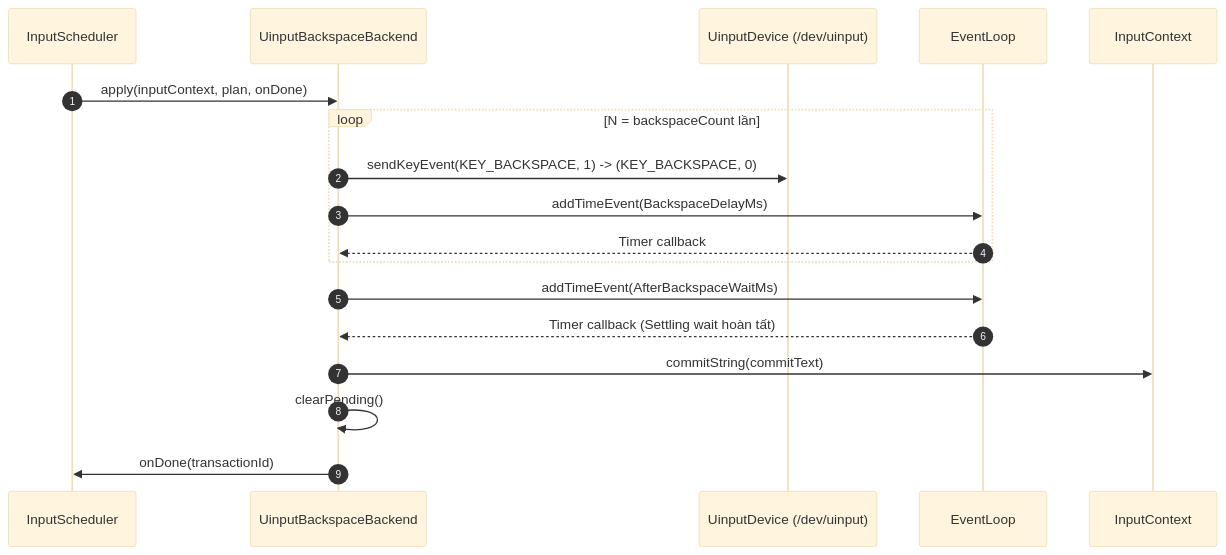
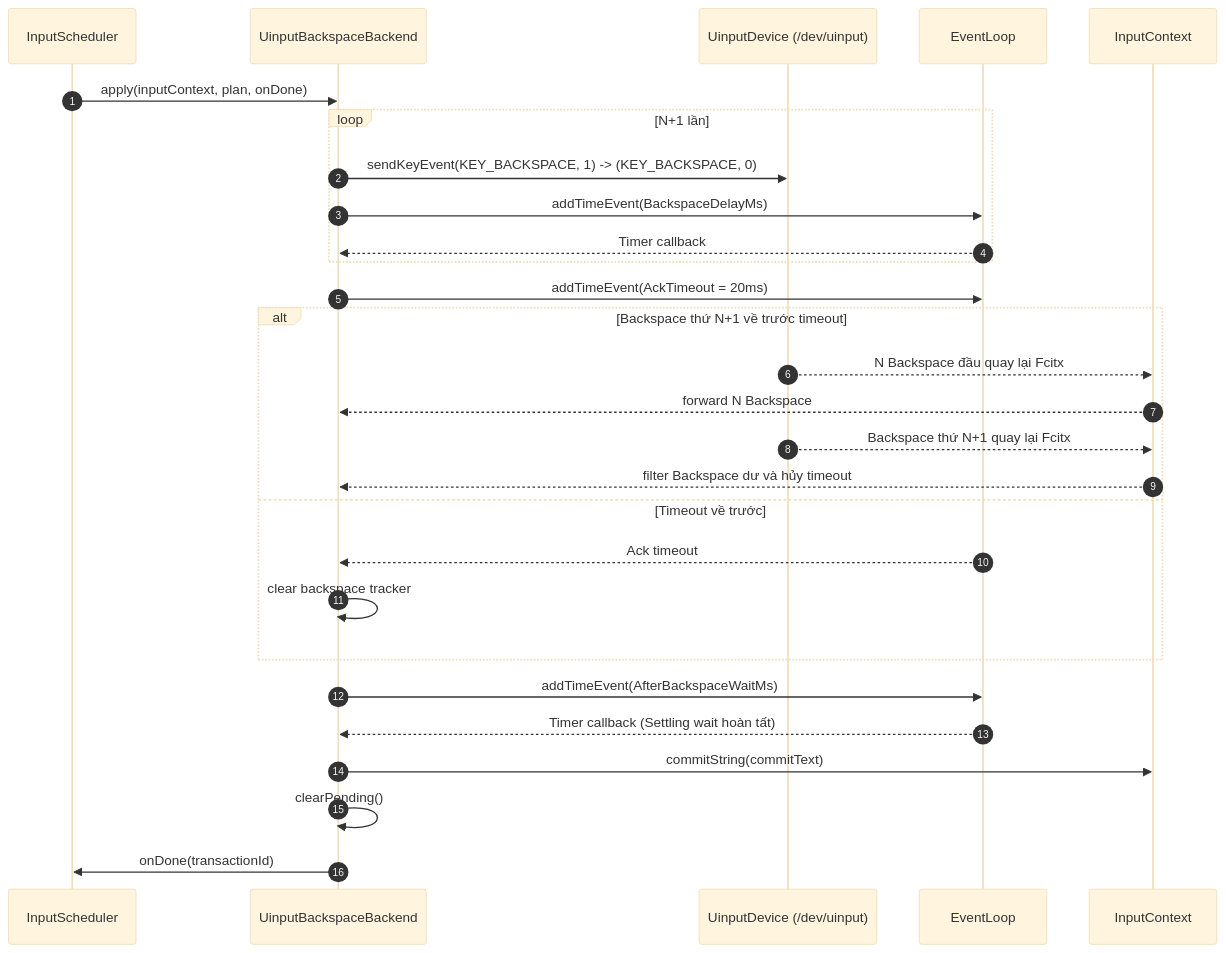
The fourth of 6 diagrams in docs/ARCHITECTURE.md (justanoobcoder/ArecaIME), drawn with Mermaid (base theme) before and after one commit. The commit also changed other lines of this file and 17 other files, not shown here.

````diff
--- a/docs/ARCHITECTURE.md
+++ b/docs/ARCHITECTURE.md
@@ -356,23 +366,33 @@
 ```mermaid
 sequenceDiagram
     autonumber
     participant S as InputScheduler
     participant B as UinputBackspaceBackend
     participant DEV as UinputDevice (/dev/uinput)
     participant EL as EventLoop
     participant IC as InputContext
 
     S->>B: apply(inputContext, plan, onDone)
     
-    loop N = backspaceCount lần
+    loop N+1 lần
         B->>DEV: sendKeyEvent(KEY_BACKSPACE, 1) -> (KEY_BACKSPACE, 0)
         B->>EL: addTimeEvent(BackspaceDelayMs)
         EL-->>B: Timer callback
     end
-    
+
+    B->>EL: addTimeEvent(AckTimeout = 20ms)
+    alt Backspace thứ N+1 về trước timeout
+        DEV-->>IC: N Backspace đầu quay lại Fcitx
+        IC-->>B: forward N Backspace
+        DEV-->>IC: Backspace thứ N+1 quay lại Fcitx
+        IC-->>B: filter Backspace dư và hủy timeout
+    else Timeout về trước
+        EL-->>B: Ack timeout
+        B->>B: clear backspace tracker
+    end
     B->>EL: addTimeEvent(AfterBackspaceWaitMs)
     EL-->>B: Timer callback (Settling wait hoàn tất)
     B->>IC: commitString(commitText)
     B->>B: clearPending()
     B->>S: onDone(transactionId)
 ```
````
